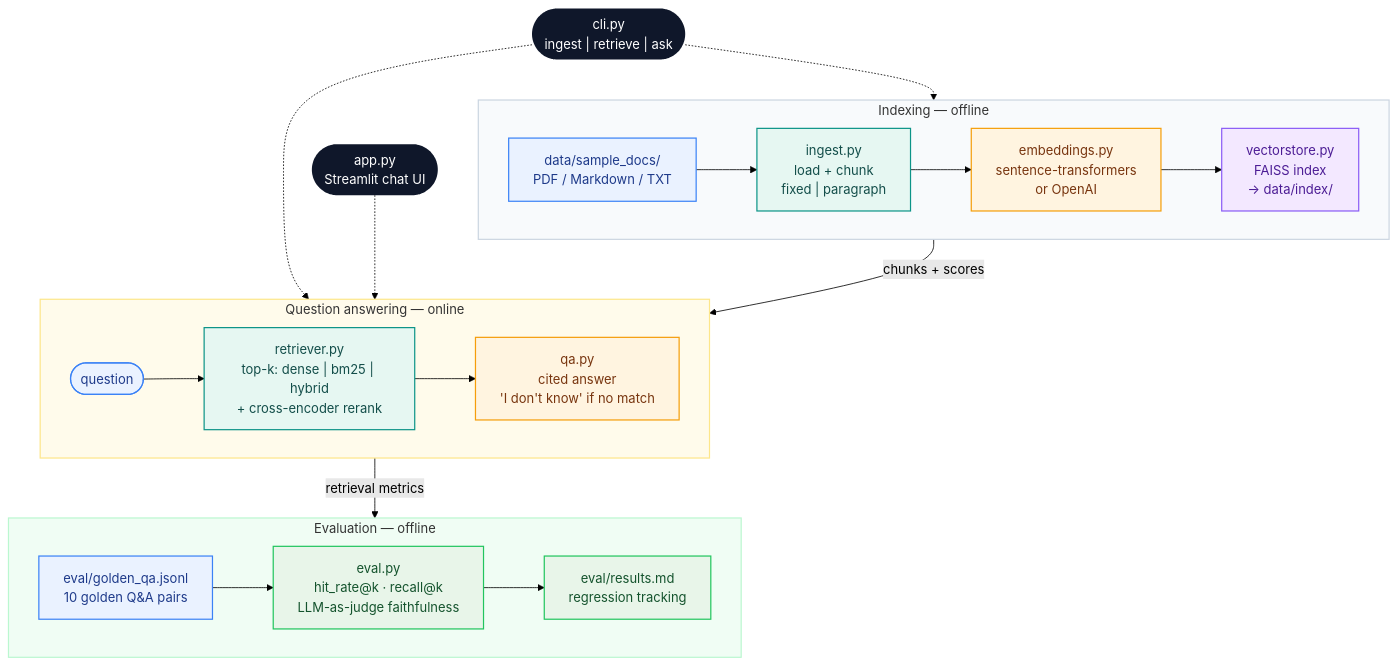
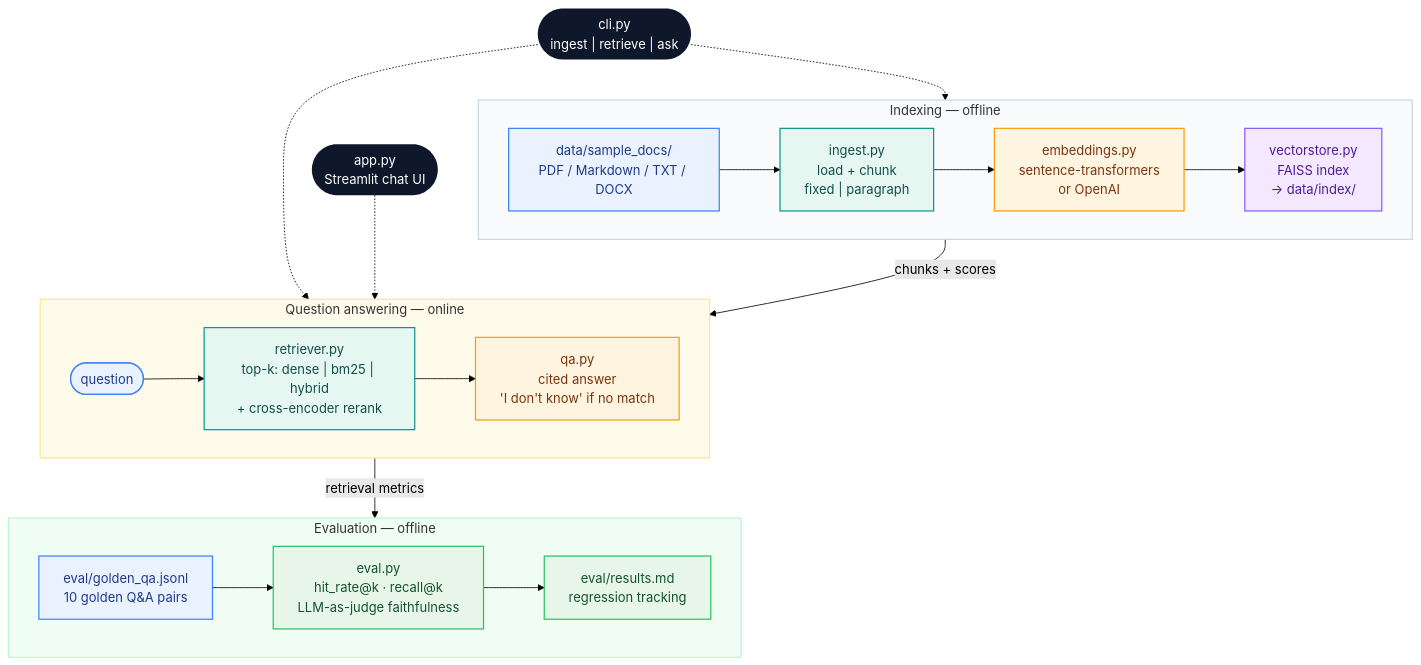
One commit to rufengma/RAG-knowledge-qa changed the diagram in README.md. Above: the diagram before and after it, drawn with Mermaid (forest theme). The commit also changed other lines of this file and 3 other files, not shown here.

````diff
--- a/README.md
+++ b/README.md
@@ -11,46 +11,46 @@
 ```mermaid
 flowchart TB
     CLI(["cli.py<br/>ingest | retrieve | ask"]):::entry
     App(["app.py<br/>Streamlit chat UI"]):::entry
 
     subgraph Ingest["Indexing — offline"]
         direction LR
-        Docs["data/sample_docs/<br/>PDF / Markdown / TXT"]:::input
+        Docs["data/sample_docs/<br/>PDF / Markdown / TXT / DOCX"]:::input
         Load["ingest.py<br/>load + chunk<br/>fixed | paragraph"]:::process
         Embed["embeddings.py<br/>sentence-transformers<br/>or OpenAI"]:::model
         Store["vectorstore.py<br/>FAISS index<br/>→ data/index/"]:::store
         Docs --> Load --> Embed --> Store
     end
 
     subgraph Query["Question answering — online"]
         direction LR
         Q(["question"]):::input
         Ret["retriever.py<br/>top-k: dense | bm25 | hybrid<br/>+ cross-encoder rerank"]:::process
         QA["qa.py<br/>cited answer<br/>'I don't know' if no match"]:::model
         Q --> Ret --> QA
     end
 
     subgraph Evals["Evaluation — offline"]
         direction LR
         Gold["eval/golden_qa.jsonl<br/>10 golden Q&A pairs"]:::input
         Eval["eval.py<br/>hit_rate@k · recall@k<br/>LLM-as-judge faithfulness"]:::output
         Results["eval/results.md<br/>regression tracking"]:::output
         Gold --> Eval --> Results
     end
 
     CLI -.-> Ingest
     CLI -.-> Query
     App -.-> Query
     Store -->|"chunks + scores"| Ret
     Ret -->|"retrieval metrics"| Eval
 
     classDef entry fill:#0F172A,stroke:#0F172A,color:#FFFFFF,stroke-width:0px
     classDef input fill:#EAF2FF,stroke:#3B82F6,stroke-width:1.5px,color:#1E3A8A
     classDef process fill:#E6F7F2,stroke:#0D9488,stroke-width:1.5px,color:#134E4A
     classDef model fill:#FFF4E0,stroke:#F59E0B,stroke-width:1.5px,color:#78350F
     classDef store fill:#F3E8FF,stroke:#8B5CF6,stroke-width:1.5px,color:#4C1D95
     classDef output fill:#E8F5E9,stroke:#22C55E,stroke-width:1.5px,color:#14532D
     style Ingest fill:#F8FAFC,stroke:#CBD5E1,stroke-width:1.5px
     style Query fill:#FFFBEB,stroke:#FDE68A,stroke-width:1.5px
     style Evals fill:#F0FDF4,stroke:#BBF7D0,stroke-width:1.5px
 ```
````
